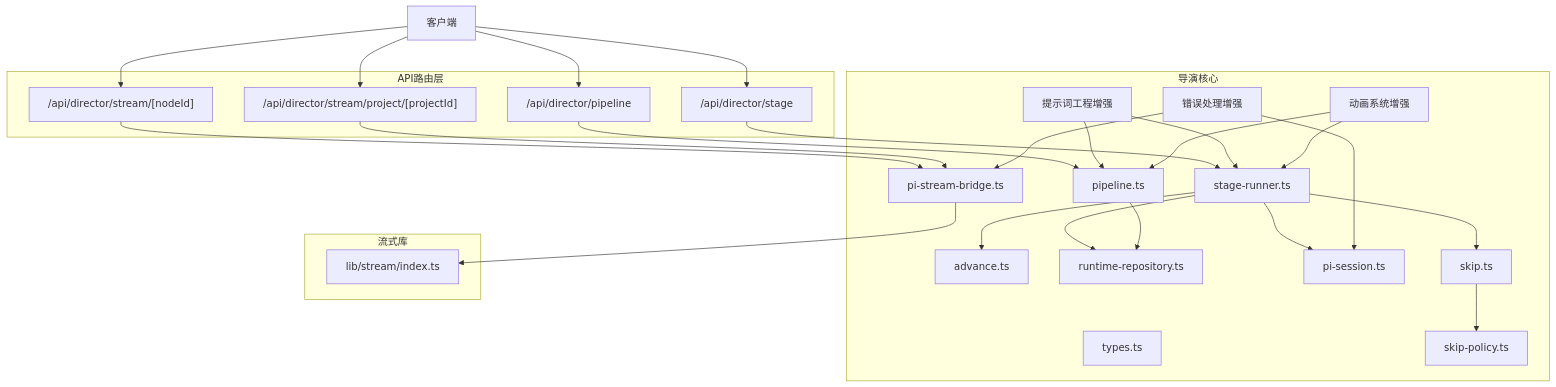
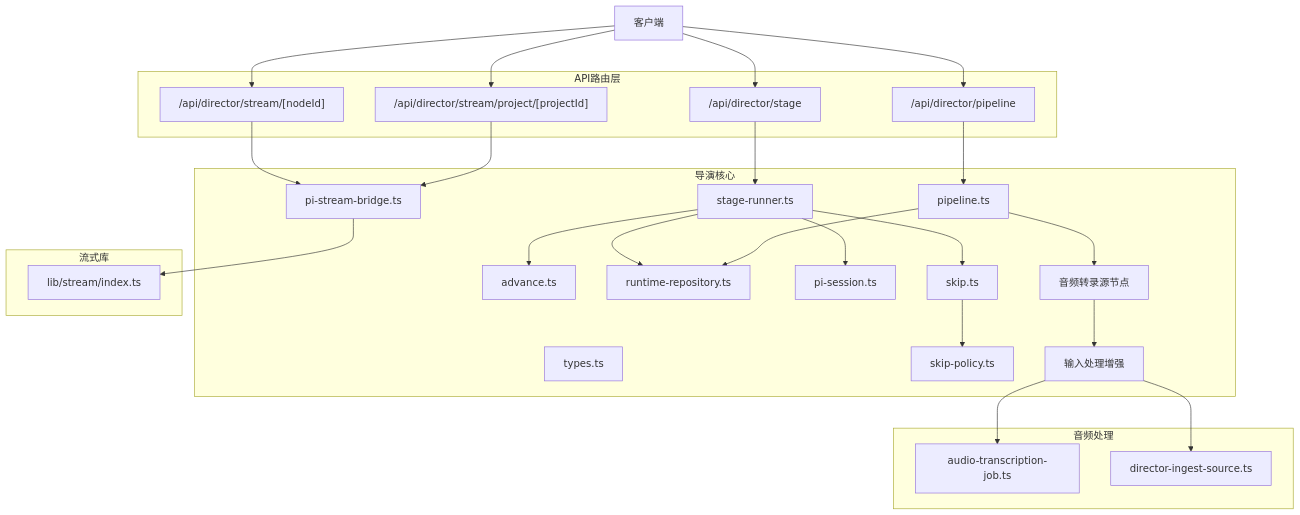
One commit to scottcwy/PurpleInk changed the first of 8 diagrams in .qoder/repowiki/zh/content/API参考/导演系统API/导演系统API.md. Above: the diagram before and after it, drawn with Mermaid. The commit also changed other lines of this file and 29 other files, not shown here.

````diff
--- a/.qoder/repowiki/zh/content/API参考/导演系统API/导演系统API.md
+++ b/.qoder/repowiki/zh/content/API参考/导演系统API/导演系统API.md
@@ -56,47 +53,48 @@
 ```mermaid
 graph TB
 Client["客户端"] --> API_Pipeline["/api/director/pipeline"]
 Client --> API_Stage["/api/director/stage"]
 Client --> API_Stream_Node["/api/director/stream/[nodeId]"]
 Client --> API_Stream_Project["/api/director/stream/project/[projectId]"]
 subgraph "API路由层"
 API_Pipeline
 API_Stage
 API_Stream_Node
 API_Stream_Project
 end
 subgraph "导演核心"
 Pipeline["pipeline.ts"]
 StageRunner["stage-runner.ts"]
 Advance["advance.ts"]
 RuntimeRepo["runtime-repository.ts"]
 Types["types.ts"]
 StreamBridge["pi-stream-bridge.ts"]
 PiSession["pi-session.ts"]
 Skip["skip.ts"]
 SkipPolicy["skip-policy.ts"]
-PromptEngineering["提示词工程增强"]
-ErrorEnhancement["错误处理增强"]
-AnimationSystem["动画系统增强"]
+AudioTranscribe["音频转录源节点"]
+IngestSource["输入处理增强"]
+end
+subgraph "音频处理"
+AudioJob["audio-transcription-job.ts"]
+CanvasIngest["director-ingest-source.ts"]
 end
 subgraph "流式库"
 StreamLib["lib/stream/index.ts"]
 end
 API_Pipeline --> Pipeline
 API_Stage --> StageRunner
 API_Stream_Node --> StreamBridge
 API_Stream_Project --> StreamBridge
 StreamBridge --> StreamLib
 StageRunner --> Advance
 StageRunner --> RuntimeRepo
 StageRunner --> Skip
 StageRunner --> PiSession
 Skip --> SkipPolicy
 Pipeline --> RuntimeRepo
-PromptEngineering --> Pipeline
-PromptEngineering --> StageRunner
-ErrorEnhancement --> StreamBridge
-ErrorEnhancement --> PiSession
-AnimationSystem --> Pipeline
-AnimationSystem --> StageRunner
+Pipeline --> AudioTranscribe
+AudioTranscribe --> IngestSource
+IngestSource --> CanvasIngest
+IngestSource --> AudioJob
 ```
````
